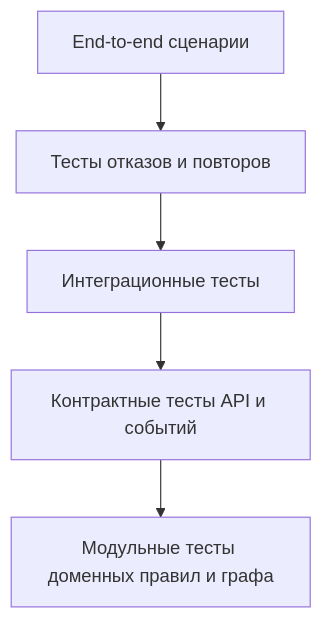
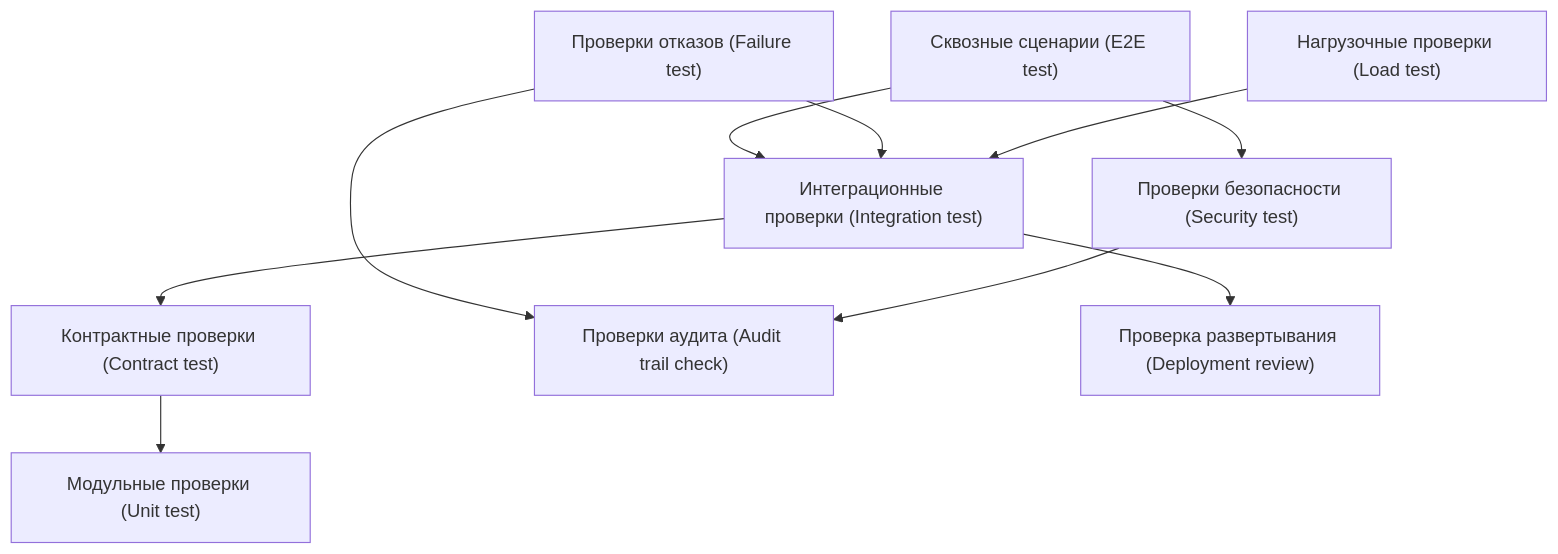
The diagram in 11-тестирование.md (FlashgoKless/CW-for-dissertation), drawn with Mermaid before and after one commit. The commit also changed other lines of this file and 2 other files, not shown here.

Commit message:
docs: finalize architecture documentation sections

````diff
--- a/11-тестирование.md
+++ b/11-тестирование.md
@@ -7,13 +23,22 @@
 ```mermaid
 flowchart TD
-    E2E[End-to-end сценарии]
-    Failure[Тесты отказов и повторов]
-    Integration[Интеграционные тесты]
-    Contract[Контрактные тесты API и событий]
-    Unit[Модульные тесты доменных правил и графа]
+    E2E["Сквозные сценарии (E2E test)"]
+    Failure["Проверки отказов (Failure test)"]
+    Integration["Интеграционные проверки (Integration test)"]
+    Contract["Контрактные проверки (Contract test)"]
+    Unit["Модульные проверки (Unit test)"]
+    Security["Проверки безопасности (Security test)"]
+    Audit["Проверки аудита (Audit trail check)"]
+    Deployment["Проверка развертывания (Deployment review)"]
+    Load["Нагрузочные проверки (Load test)"]
 
-    E2E --> Failure
+    E2E --> Integration
+    E2E --> Security
     Failure --> Integration
+    Failure --> Audit
     Integration --> Contract
+    Integration --> Deployment
     Contract --> Unit
+    Load --> Integration
+    Security --> Audit
 ```
````
